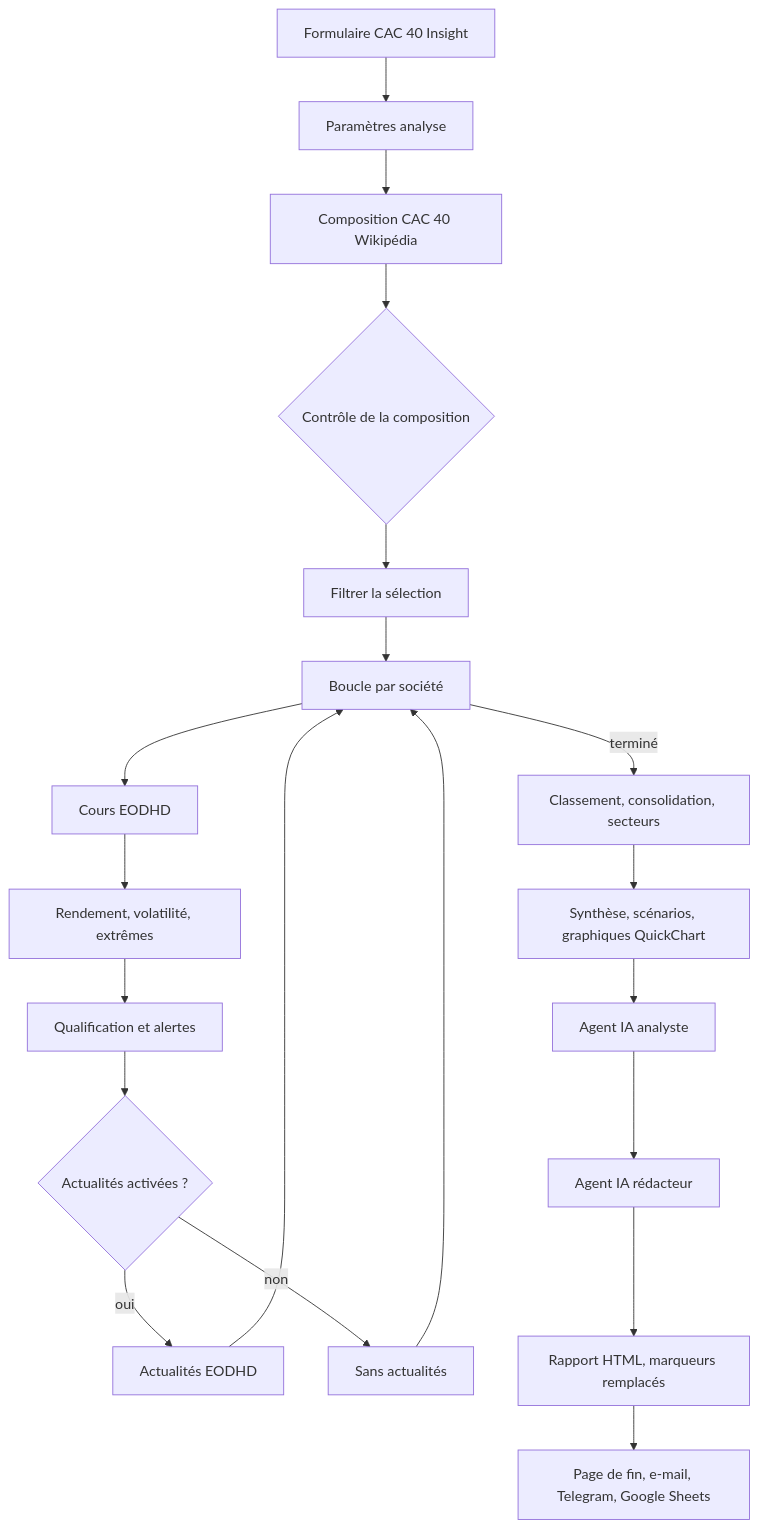
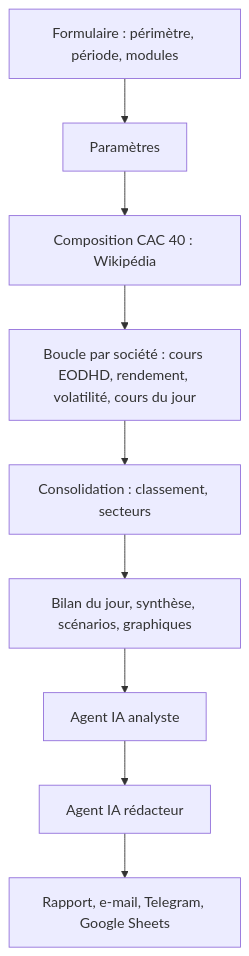
One commit to diffodjimeliluscenebleriot-lang/n8n-Projet-Luscene-Bleriot-Projets changed the diagram in README.md. Above: the diagram before and after it, drawn with Mermaid. The commit also changed other lines of this file and 2 other files, not shown here.

Commit message:
Documentation : commentaires du workflow, README sans JSON, sommaire mis à jour

````diff
--- a/README.md
+++ b/README.md
@@ -172,22 +162,11 @@
 ```mermaid
 flowchart TD
-    A[Formulaire CAC 40 Insight] --> B[Paramètres analyse]
-    B --> C[Composition CAC 40 Wikipédia]
-    C --> D{Contrôle de la composition}
-    D --> E[Filtrer la sélection]
-    E --> F[Boucle par société]
-    F --> G[Cours EODHD]
-    G --> H[Rendement, volatilité, extrêmes]
-    H --> I[Qualification et alertes]
-    I --> J{Actualités activées ?}
-    J -- oui --> K[Actualités EODHD]
-    J -- non --> L[Sans actualités]
-    K --> F
-    L --> F
-    F -- terminé --> M[Classement, consolidation, secteurs]
-    M --> N[Synthèse, scénarios, graphiques QuickChart]
-    N --> O[Agent IA analyste]
-    O --> P[Agent IA rédacteur]
-    P --> Q[Rapport HTML, marqueurs remplacés]
-    Q --> R[Page de fin, e-mail, Telegram, Google Sheets]
+    A[Formulaire : périmètre, période, modules] --> B[Paramètres]
+    B --> C[Composition CAC 40 : Wikipédia]
+    C --> D[Boucle par société : cours EODHD, rendement, volatilité, cours du jour]
+    D --> E[Consolidation : classement, secteurs]
+    E --> F[Bilan du jour, synthèse, scénarios, graphiques]
+    F --> G[Agent IA analyste]
+    G --> H[Agent IA rédacteur]
+    H --> I[Rapport, e-mail, Telegram, Google Sheets]
 ```
````
